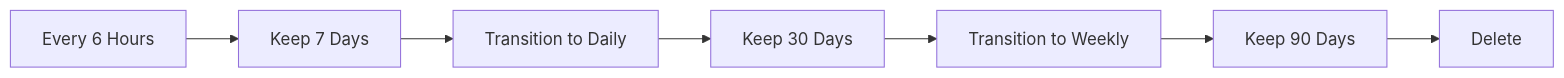
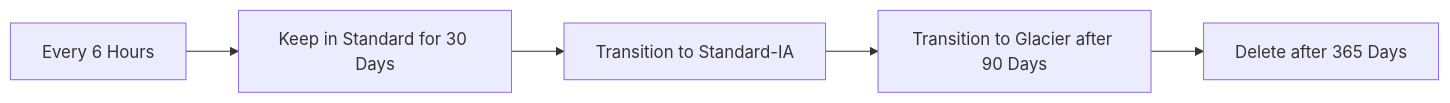
Before and after one commit to OneUptime/blog: the third of 3 diagrams in posts/2026-02-20-kubernetes-etcd-backup-restore/README.md, drawn with Mermaid. The commit also changed other lines of this file and 2 other files, not shown here.

````diff
--- a/posts/2026-02-20-kubernetes-etcd-backup-restore/README.md
+++ b/posts/2026-02-20-kubernetes-etcd-backup-restore/README.md
@@ -280,9 +295,7 @@
 ```mermaid
 graph LR
-    A[Every 6 Hours] --> B[Keep 7 Days]
-    B --> C[Transition to Daily]
-    C --> D[Keep 30 Days]
-    D --> E[Transition to Weekly]
-    E --> F[Keep 90 Days]
-    F --> G[Delete]
+    A[Every 6 Hours] --> B[Keep in Standard for 30 Days]
+    B --> C[Transition to Standard-IA]
+    C --> D[Transition to Glacier after 90 Days]
+    D --> E[Delete after 365 Days]
 ```
````
